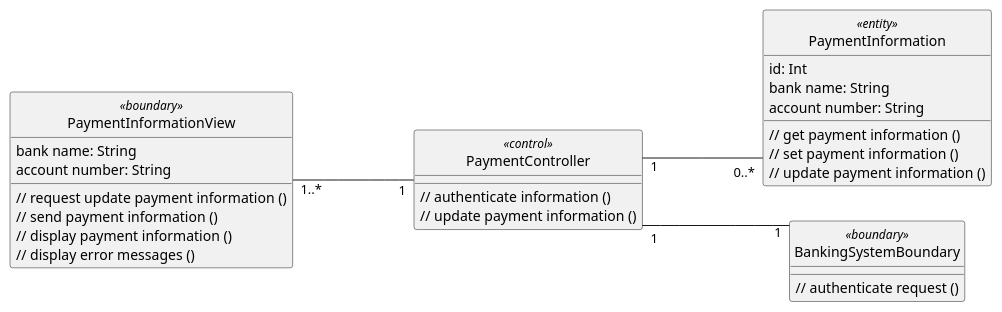
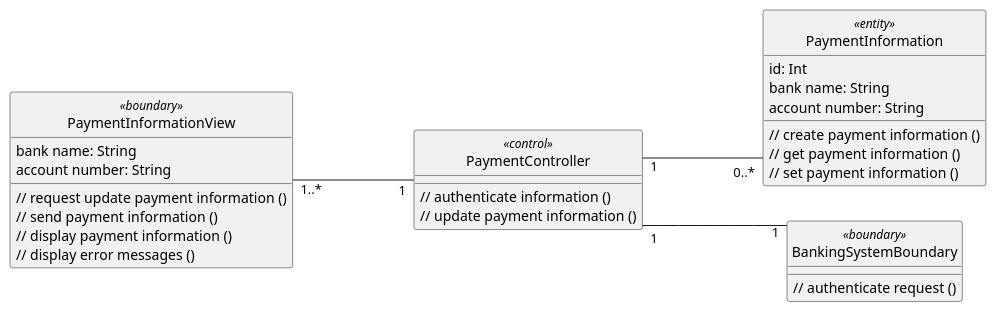
One commit to anhbanlinhle/velocity-exchange changed the diagram in uml/analysis/class/update_payment_information.pu. Above: the diagram before and after it, drawn with PlantUML. The commit also changed 4 other files, not shown here.

```diff
--- a/uml/analysis/class/update_payment_information.pu
+++ b/uml/analysis/class/update_payment_information.pu
@@ -1,50 +1,50 @@
 @startuml 
 skinparam classAttributeIconSize 0
 skinparam linetype ortho
 left to right direction
 hide circle
 class PaymentInformationView <<boundary>> {
     bank name: String
     account number: String
 
     // request update payment information ()
     // send payment information ()
     // display payment information ()
     // display error messages ()
 
     }
 
 class PaymentController <<control>> {
     
 
     // authenticate information ()
     // update payment information ()
 
     }
 
 class PaymentInformation <<entity>> {
     id: Int
     bank name: String
     account number: String
 
+    // create payment information ()
     // get payment information ()
     // set payment information ()
-    // update payment information ()
 
     }
 
 class BankingSystemBoundary <<boundary>> {
     
 
     // authenticate request ()
 
 
     }
 
 PaymentInformationView "1..*" --- "1" PaymentController
 
 PaymentController "1" --- "0..*" PaymentInformation
 
 PaymentController "1" --- "1" BankingSystemBoundary
 
 @enduml
```
